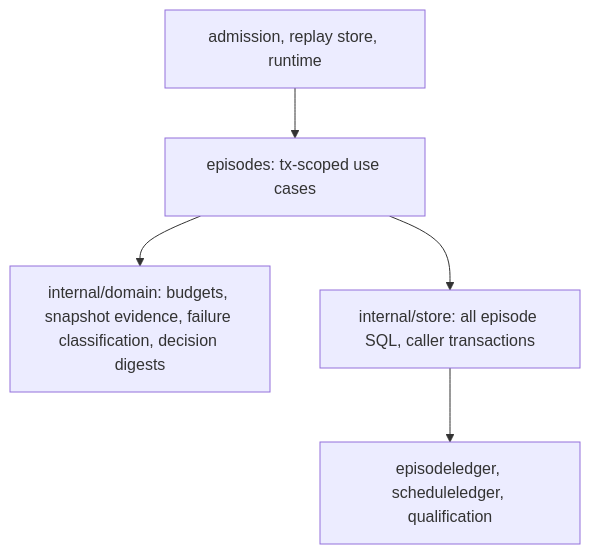
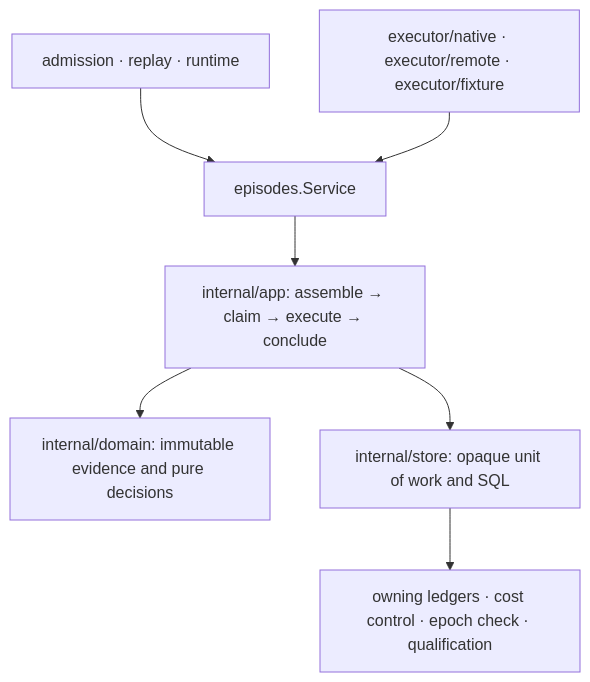
One commit to ghassan-ai-projects/agentic-stream changed the diagram in internal/episodes/README.md. Above: the diagram before and after it, drawn with Mermaid. The commit also changed other lines of this file and 41 other files, not shown here.

Commit message:
refactor(episodes): enforce facade and finish domain migration

````diff
--- a/internal/episodes/README.md
+++ b/internal/episodes/README.md
@@ -21,7 +9,9 @@
 ```mermaid
 flowchart TD
-    A["admission, replay store, runtime"] --> F["episodes: tx-scoped use cases"]
-    F --> D["internal/domain: budgets, snapshot evidence, failure classification, decision digests"]
-    F --> S["internal/store: all episode SQL, caller transactions"]
-    S --> L["episodeledger, scheduleledger, qualification"]
+    C["admission · replay · runtime"] --> F["episodes.Service"]
+    F --> A["internal/app: assemble → claim → execute → conclude"]
+    A --> D["internal/domain: immutable evidence and pure decisions"]
+    A --> S["internal/store: opaque unit of work and SQL"]
+    S --> L["owning ledgers · cost control · epoch check · qualification"]
+    X["executor/native · executor/remote · executor/fixture"] --> F
 ```
````
